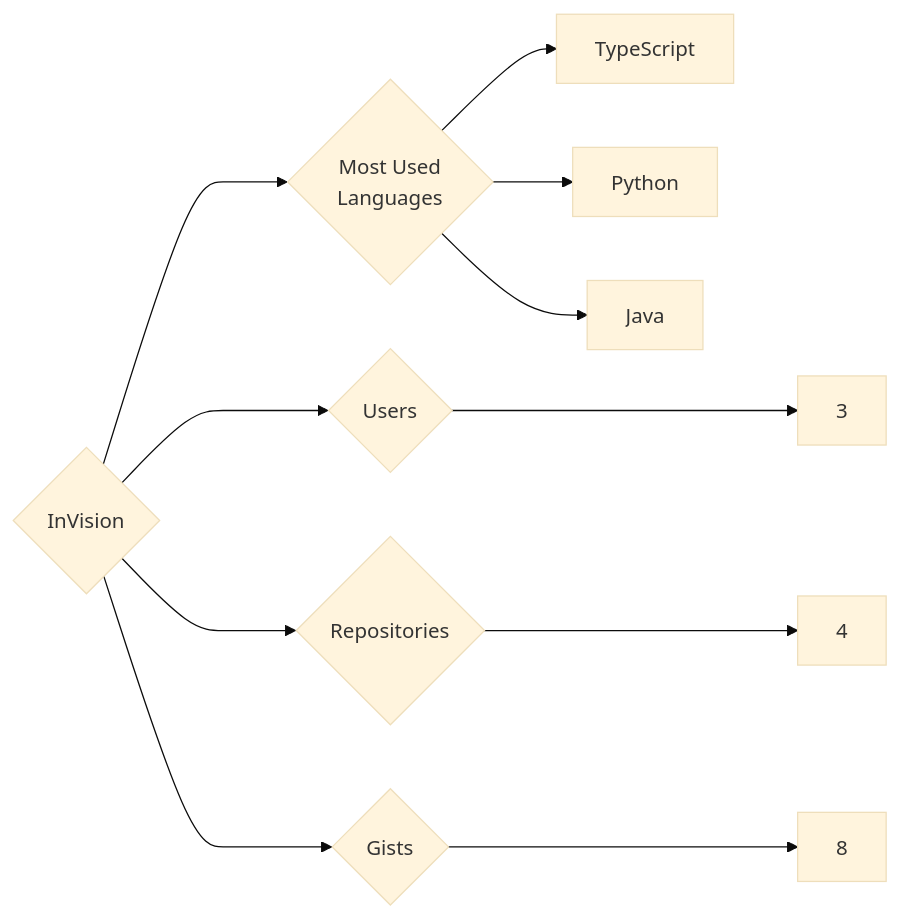
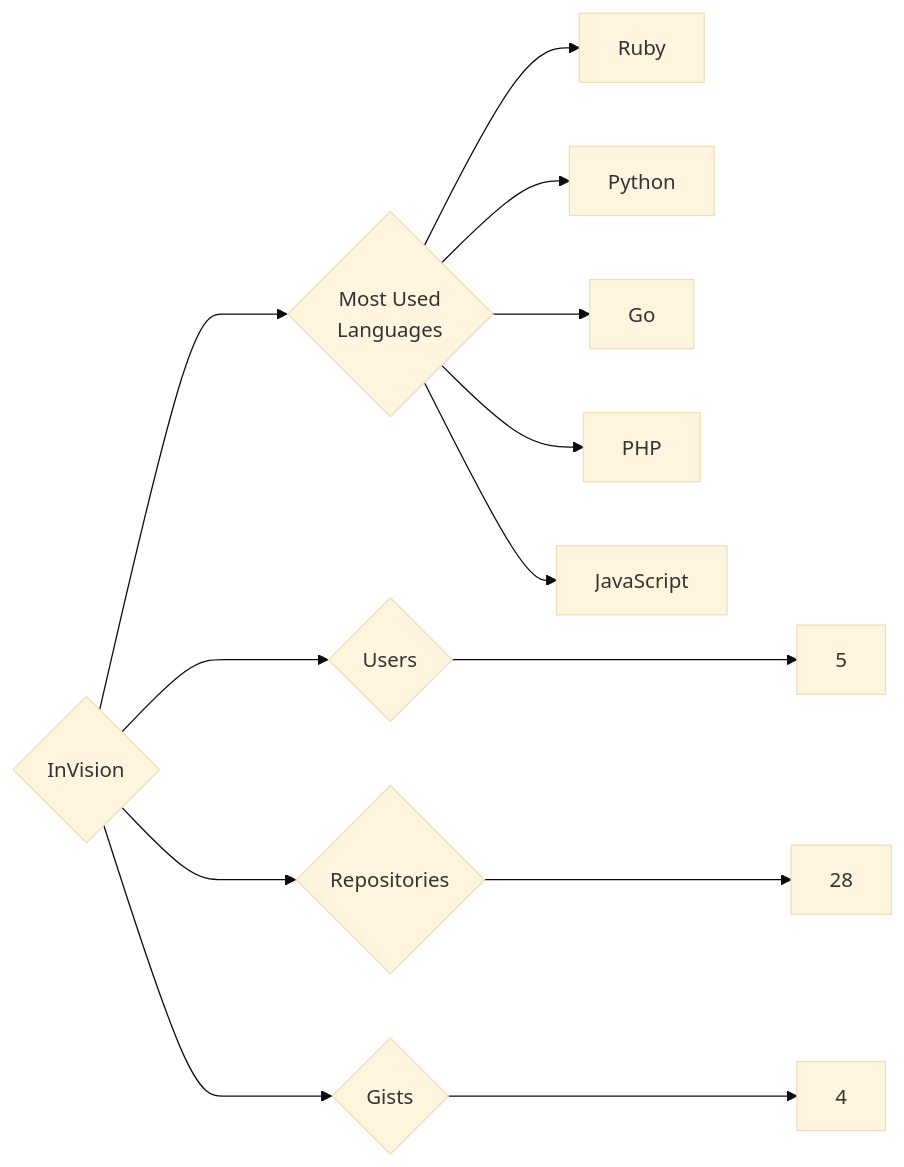
Before and after one commit to trickest/insiders: the diagram in targets/InVision/README.md, drawn with Mermaid (base theme). The commit also changed 1170 other files, not shown here.

````diff
--- a/targets/InVision/README.md
+++ b/targets/InVision/README.md
@@ -3,11 +3,13 @@
 ```mermaid
 graph LR
 COMPANY_NAME{InVision}
-COMPANY_NAME ---> U{Users} ---> UN[3]
-COMPANY_NAME ---> R{Repositories} ---> RN[4]
-COMPANY_NAME ---> G{Gists} ---> GN[8]
+COMPANY_NAME ---> U{Users} ---> UN[5]
+COMPANY_NAME ---> R{Repositories} ---> RN[28]
+COMPANY_NAME ---> G{Gists} ---> GN[4]
 COMPANY_NAME ---> ML{Most Used<br>Languages}
-ML --> TypeScript[TypeScript]
+ML --> Ruby[Ruby]
 ML --> Python[Python]
-ML --> Java[Java]
+ML --> Go[Go]
+ML --> PHP[PHP]
+ML --> JavaScript[JavaScript]
 ```
````
